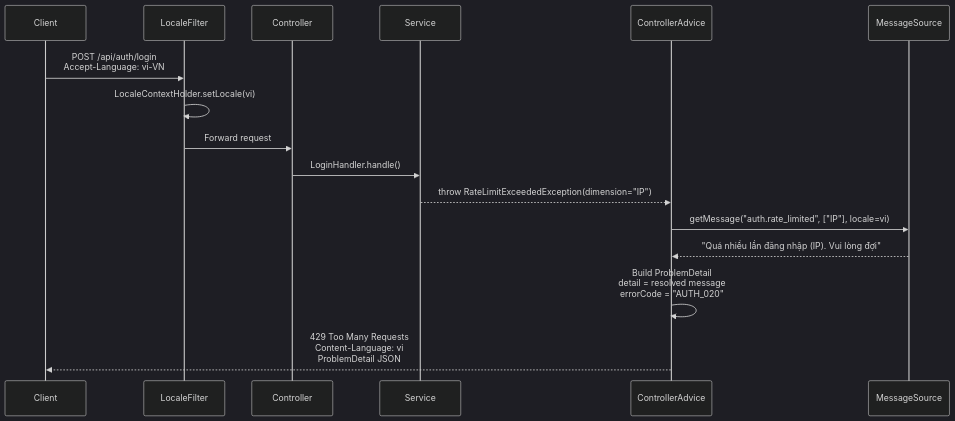
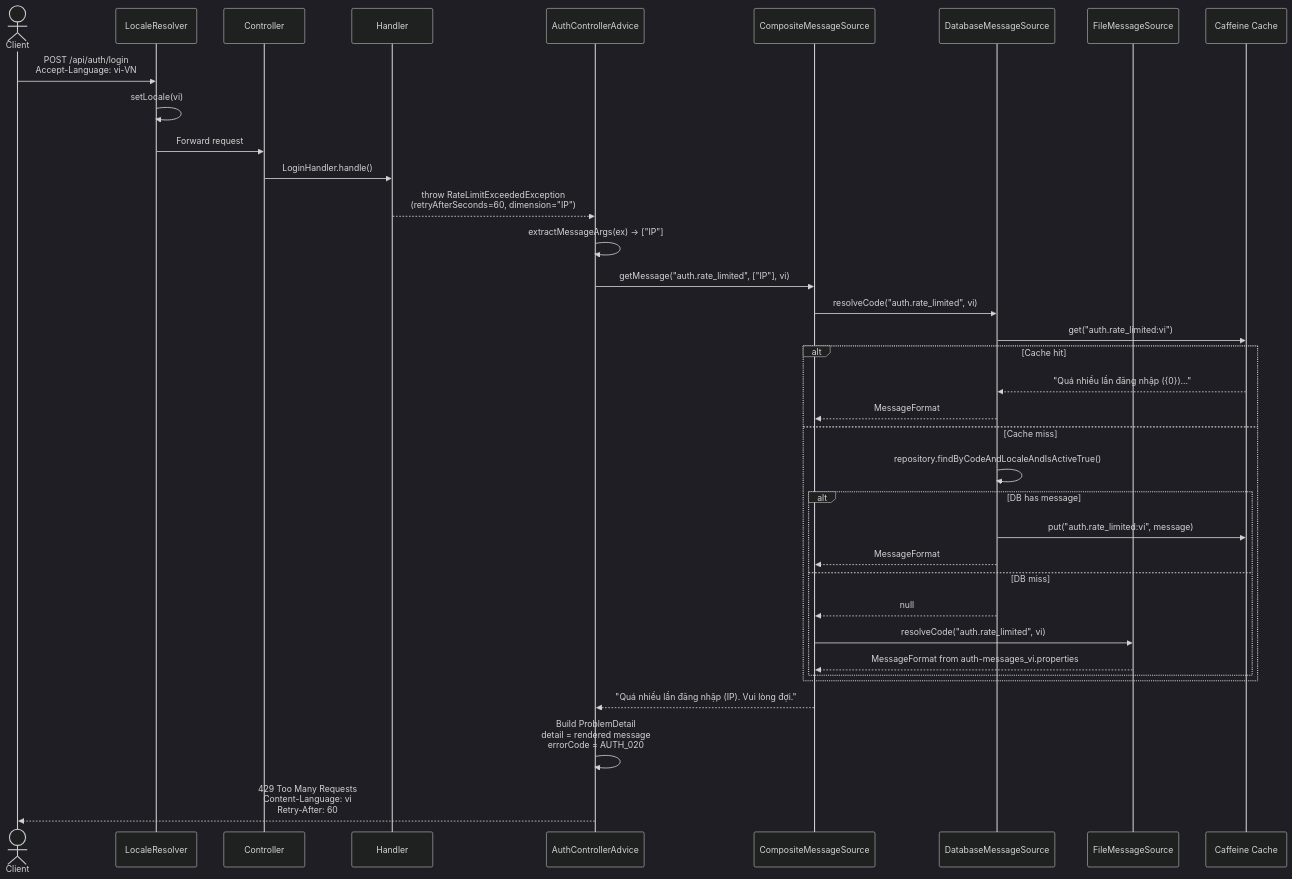
One commit to nguyentthai96/auth-service changed the fifth of 7 diagrams in openspec/research/api-response-i18n-standard/technical_spec.md. Above: the diagram before and after it, drawn with Mermaid (dark theme). The commit also changed other lines of this file and 93 other files, not shown here.

Commit message:
chore(auth-service): update generated openspec and pipeline artifacts for feature 1 and 2, start feature 3

````diff
--- a/openspec/research/api-response-i18n-standard/technical_spec.md
+++ b/openspec/research/api-response-i18n-standard/technical_spec.md
@@ -183,22 +208,42 @@
 ```mermaid
 sequenceDiagram
-    participant C as Client
-    participant F as LocaleFilter
-    participant Ctrl as Controller
-    participant Svc as Service
-    participant Adv as ControllerAdvice
-    participant MS as MessageSource
+    actor Client
+    participant Locale as LocaleResolver
+    participant Controller
+    participant Handler
+    participant Advice as AuthControllerAdvice
+    participant MS as CompositeMessageSource
+    participant DBS as DatabaseMessageSource
+    participant FBS as FileMessageSource
+    participant Cache as Caffeine Cache
 
-    C->>F: POST /api/auth/login<br/>Accept-Language: vi-VN
-    F->>F: LocaleContextHolder.setLocale(vi)
-    F->>Ctrl: Forward request
-    Ctrl->>Svc: LoginHandler.handle()
-    Svc-->>Adv: throw RateLimitExceededException(dimension="IP")
+    Client->>Locale: POST /api/auth/login<br/>Accept-Language: vi-VN
+    Locale->>Locale: setLocale(vi)
+    Locale->>Controller: Forward request
+    Controller->>Handler: LoginHandler.handle()
+    Handler-->>Advice: throw RateLimitExceededException<br/>(retryAfterSeconds=60, dimension="IP")
 
-    Adv->>MS: getMessage("auth.rate_limited", ["IP"], locale=vi)
-    MS-->>Adv: "Quá nhiều lần đăng nhập (IP). Vui lòng đợi"
+    Advice->>Advice: extractMessageArgs(ex) → ["IP"]
+    Advice->>MS: getMessage("auth.rate_limited", ["IP"], vi)
+    MS->>DBS: resolveCode("auth.rate_limited", vi)
+    DBS->>Cache: get("auth.rate_limited:vi")
+    
+    alt Cache hit
+        Cache-->>DBS: "Quá nhiều lần đăng nhập ({0})..."
+        DBS-->>MS: MessageFormat
+    else Cache miss
+        DBS->>DBS: repository.findByCodeAndLocaleAndIsActiveTrue()
+        alt DB has message
+            DBS->>Cache: put("auth.rate_limited:vi", message)
+            DBS-->>MS: MessageFormat
+        else DB miss
+            DBS-->>MS: null
+            MS->>FBS: resolveCode("auth.rate_limited", vi)
+            FBS-->>MS: MessageFormat from auth-messages_vi.properties
+        end
+    end
 
-    Adv->>Adv: Build ProblemDetail<br/>detail = resolved message<br/>errorCode = "AUTH_020"
-
-    Adv-->>C: 429 Too Many Requests<br/>Content-Language: vi<br/>ProblemDetail JSON
+    MS-->>Advice: "Quá nhiều lần đăng nhập (IP). Vui lòng đợi."
+    Advice->>Advice: Build ProblemDetail<br/>detail = rendered message<br/>errorCode = AUTH_020
+    Advice-->>Client: 429 Too Many Requests<br/>Content-Language: vi<br/>Retry-After: 60
 ```
````
